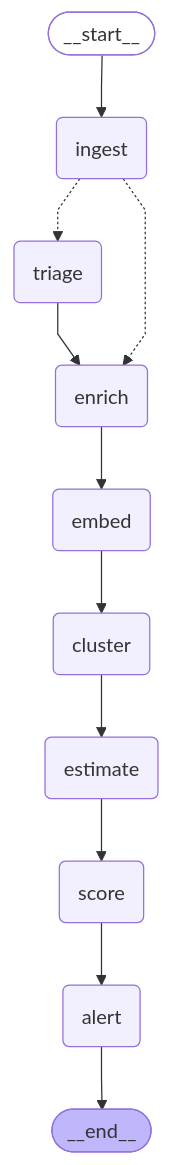
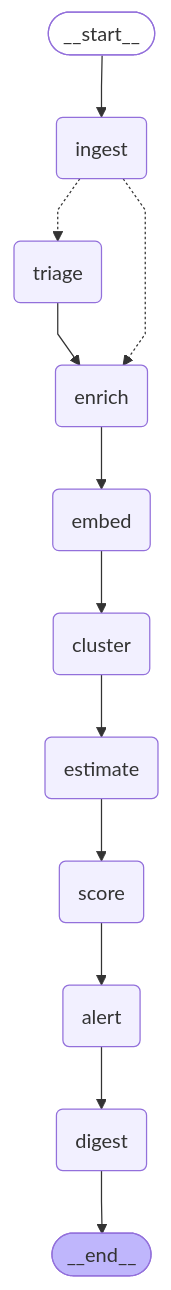
The diagram in docs/ARCHITECTURE.md (MrickSvs/signal), drawn with Mermaid before and after one commit. The commit also changed other lines of this file and 16 other files, not shown here.

````diff
--- a/docs/ARCHITECTURE.md
+++ b/docs/ARCHITECTURE.md
@@ -9,27 +9,29 @@
 ```mermaid
 %%{init: {'flowchart': {'curve': 'linear'}}}%%
 graph TD;
 	__start__([<p>__start__</p>]):::first
 	ingest(ingest)
 	triage(triage)
 	enrich(enrich)
 	embed(embed)
 	cluster(cluster)
 	estimate(estimate)
 	score(score)
 	alert(alert)
+	digest(digest)
 	__end__([<p>__end__</p>]):::last
 	__start__ --> ingest;
-	alert --> __end__;
+	alert --> digest;
 	cluster --> estimate;
+	digest --> __end__;
 	embed --> cluster;
 	enrich --> embed;
 	estimate --> score;
 	score --> alert;
 	triage --> enrich;
 	ingest -.-> triage;
 	ingest -.-> enrich;
 	classDef default fill:#f2f0ff,line-height:1.2;
 	classDef first fill-opacity:0;
 	classDef last fill:#bfb6fc;
 ```
````
